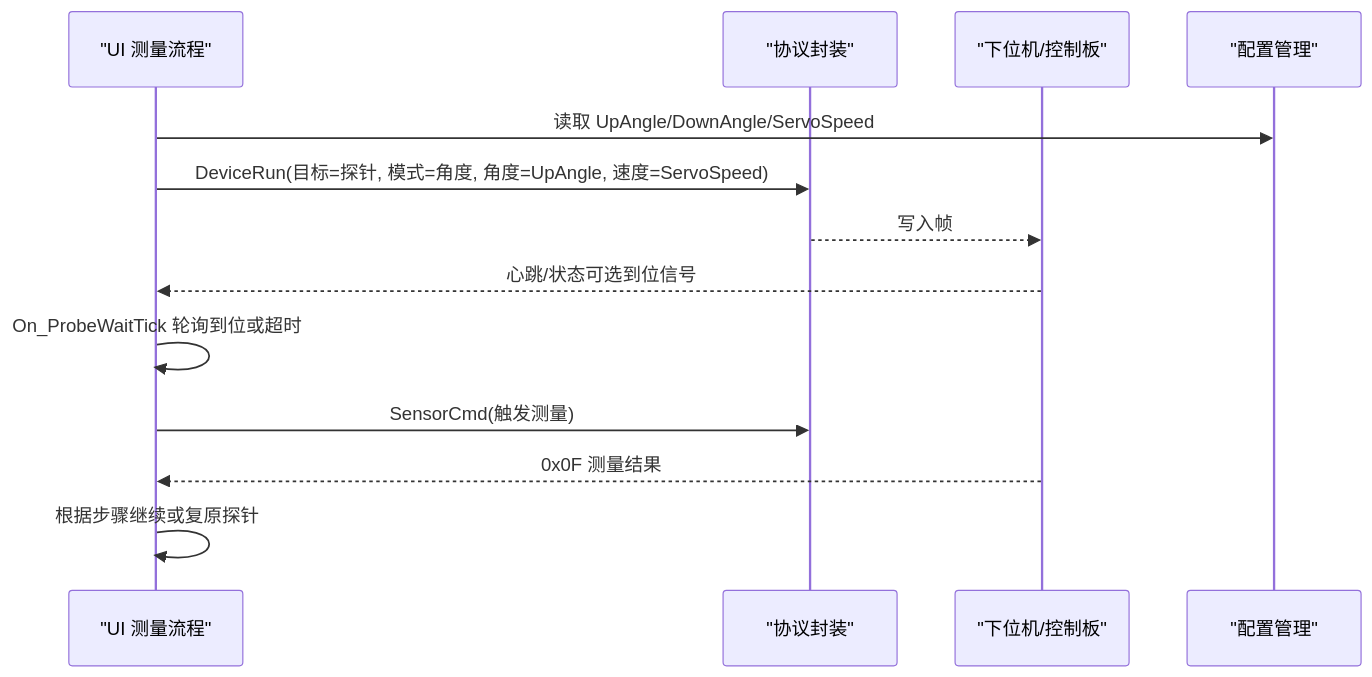
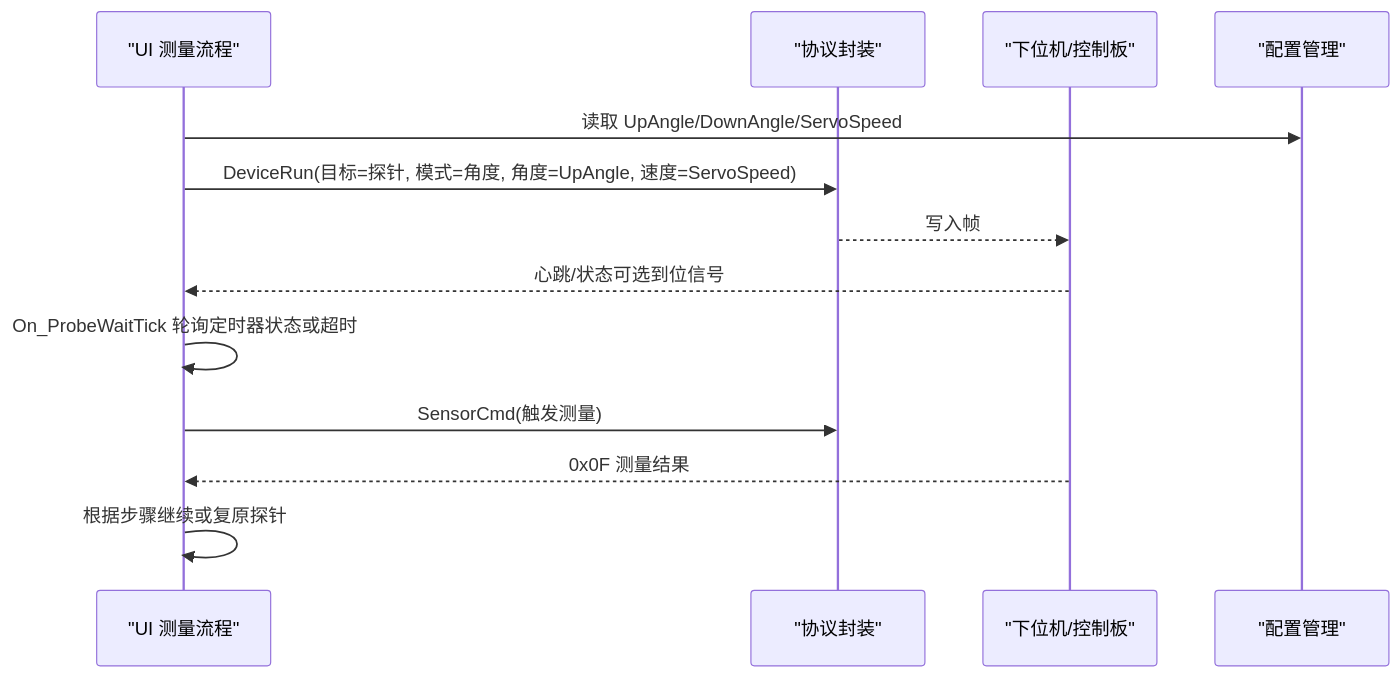
Before and after one commit to yangreest/Zero-value-Insulator-Robot-V2: the second of 7 diagrams in .qoder/repowiki/zh/content/用户手册/检测工作流程/检测执行阶段/探针定位控制.md, drawn with Mermaid. The commit also changed other lines of this file and 3 other files, not shown here.

````diff
--- a/.qoder/repowiki/zh/content/用户手册/检测工作流程/检测执行阶段/探针定位控制.md
+++ b/.qoder/repowiki/zh/content/用户手册/检测工作流程/检测执行阶段/探针定位控制.md
@@ -93,15 +93,15 @@
 ```mermaid
 sequenceDiagram
 participant UI as "UI 测量流程"
 participant Proto as "协议封装"
 participant Dev as "下位机/控制板"
 participant Conf as "配置管理"
 UI->>Conf : 读取 UpAngle/DownAngle/ServoSpeed
 UI->>Proto : DeviceRun(目标=探针, 模式=角度, 角度=UpAngle, 速度=ServoSpeed)
 Proto-->>Dev : 写入帧
 Dev-->>UI : 心跳/状态可选到位信号
-UI->>UI : On_ProbeWaitTick 轮询到位或超时
+UI->>UI : On_ProbeWaitTick 轮询定时器状态或超时
 UI->>Proto : SensorCmd(触发测量)
 Dev-->>UI : 0x0F 测量结果
 UI->>UI : 根据步骤继续或复原探针
 ```
````
